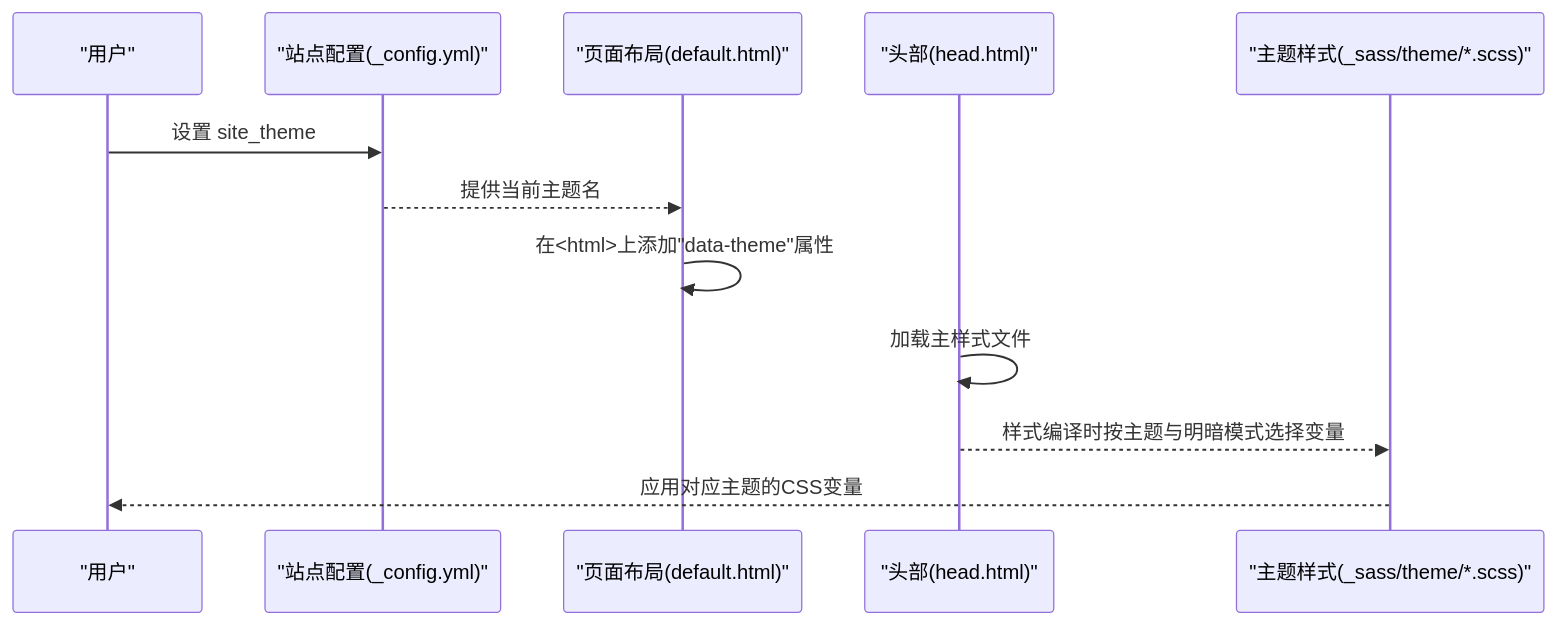
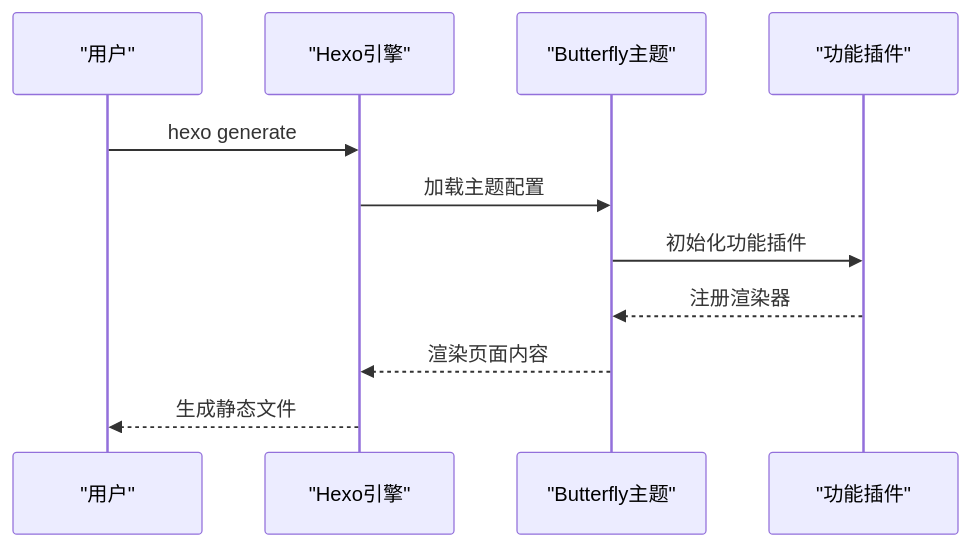
Before and after one commit to CoolPig0720/CoolPig0720.github.io: the second of 4 diagrams in .qoder/repowiki/zh/content/项目概述/核心功能特性/主题系统.md, drawn with Mermaid. The commit also changed other lines of this file and 36 other files, not shown here.

````diff
--- a/.qoder/repowiki/zh/content/项目概述/核心功能特性/主题系统.md
+++ b/.qoder/repowiki/zh/content/项目概述/核心功能特性/主题系统.md
@@ -105,14 +79,13 @@
 ```mermaid
 sequenceDiagram
 participant U as "用户"
-participant C as "站点配置(_config.yml)"
-participant L as "页面布局(default.html)"
-participant H as "头部(head.html)"
-participant S as "主题样式(_sass/theme/*.scss)"
-U->>C : 设置 site_theme
-C-->>L : 提供当前主题名
-L->>L : 在<html>上添加"data-theme"属性
-H->>H : 加载主样式文件
-H-->>S : 样式编译时按主题与明暗模式选择变量
-S-->>U : 应用对应主题的CSS变量
+participant H as "Hexo引擎"
+participant B as "Butterfly主题"
+participant P as "功能插件"
+U->>H : hexo generate
+H->>B : 加载主题配置
+B->>P : 初始化功能插件
+P-->>B : 注册渲染器
+B-->>H : 渲染页面内容
+H-->>U : 生成静态文件
 ```
````
